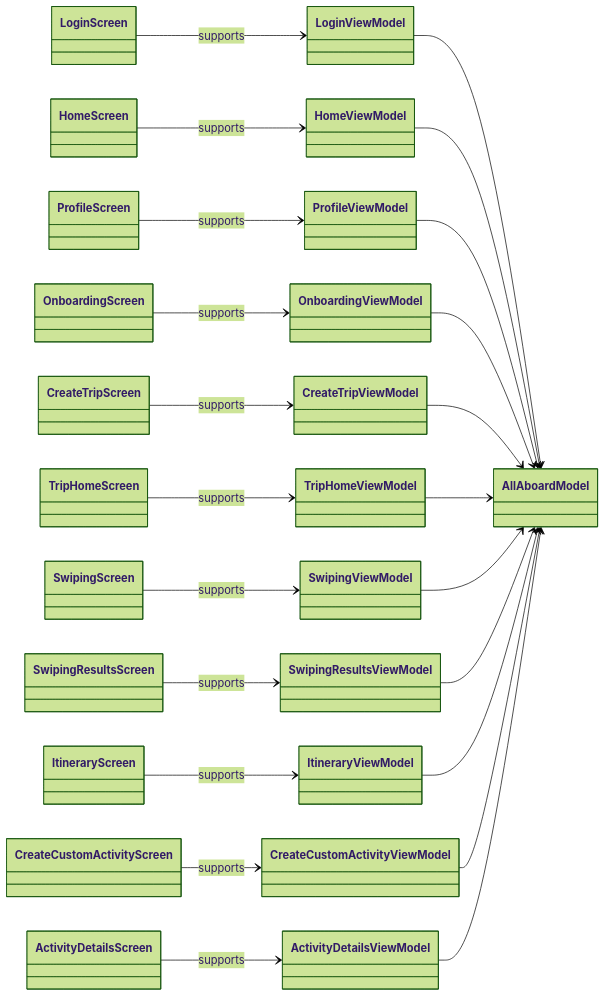
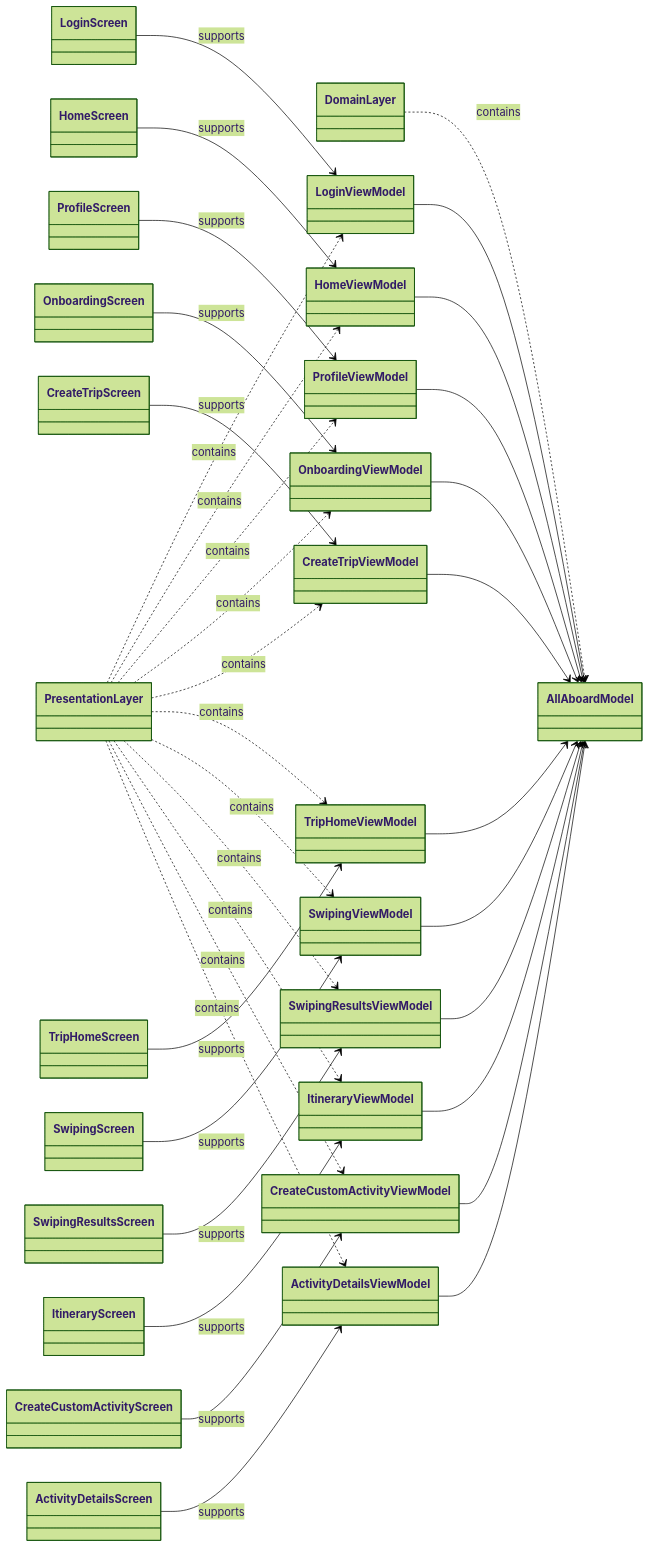
The second of 2 diagrams in docs/uml-class-diagrams.md (bethxny-liu/AllAboard), drawn with Mermaid (forest theme) before and after one commit. The commit also changed other lines of this file, not shown here.

````diff
--- a/docs/uml-class-diagrams.md
+++ b/docs/uml-class-diagrams.md
@@ -74,54 +147,70 @@
 ```mermaid
 classDiagram
     direction LR
+
+    class PresentationLayer
+    class DomainLayer
 
     class LoginScreen
     class HomeScreen
     class ProfileScreen
     class OnboardingScreen
     class CreateTripScreen
     class TripHomeScreen
     class SwipingScreen
     class SwipingResultsScreen
     class ItineraryScreen
     class CreateCustomActivityScreen
     class ActivityDetailsScreen
 
     class LoginViewModel
     class HomeViewModel
     class ProfileViewModel
     class OnboardingViewModel
     class CreateTripViewModel
     class TripHomeViewModel
     class SwipingViewModel
     class SwipingResultsViewModel
     class ItineraryViewModel
     class CreateCustomActivityViewModel
     class ActivityDetailsViewModel
 
     class AllAboardModel
 
+    PresentationLayer ..> LoginViewModel : contains
+    PresentationLayer ..> HomeViewModel : contains
+    PresentationLayer ..> ProfileViewModel : contains
+    PresentationLayer ..> OnboardingViewModel : contains
+    PresentationLayer ..> CreateTripViewModel : contains
+    PresentationLayer ..> TripHomeViewModel : contains
+    PresentationLayer ..> SwipingViewModel : contains
+    PresentationLayer ..> SwipingResultsViewModel : contains
+    PresentationLayer ..> ItineraryViewModel : contains
+    PresentationLayer ..> CreateCustomActivityViewModel : contains
+    PresentationLayer ..> ActivityDetailsViewModel : contains
+    DomainLayer ..> AllAboardModel : contains
+
     LoginScreen --> LoginViewModel : supports
     HomeScreen --> HomeViewModel : supports
     ProfileScreen --> ProfileViewModel : supports
     OnboardingScreen --> OnboardingViewModel : supports
     CreateTripScreen --> CreateTripViewModel : supports
     TripHomeScreen --> TripHomeViewModel : supports
     SwipingScreen --> SwipingViewModel : supports
     SwipingResultsScreen --> SwipingResultsViewModel : supports
     ItineraryScreen --> ItineraryViewModel : supports
     CreateCustomActivityScreen --> CreateCustomActivityViewModel : supports
     ActivityDetailsScreen --> ActivityDetailsViewModel : supports
 
     LoginViewModel --> AllAboardModel
     HomeViewModel --> AllAboardModel
     ProfileViewModel --> AllAboardModel
     OnboardingViewModel --> AllAboardModel
     CreateTripViewModel --> AllAboardModel
     TripHomeViewModel --> AllAboardModel
     SwipingViewModel --> AllAboardModel
     SwipingResultsViewModel --> AllAboardModel
     ItineraryViewModel --> AllAboardModel
     CreateCustomActivityViewModel --> AllAboardModel
     ActivityDetailsViewModel --> AllAboardModel
 ```
````
